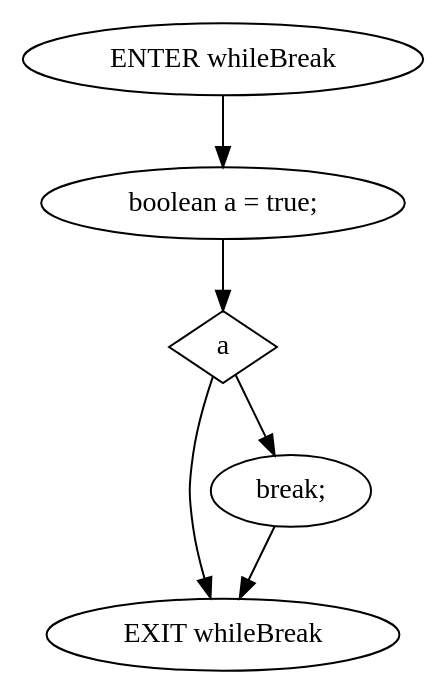
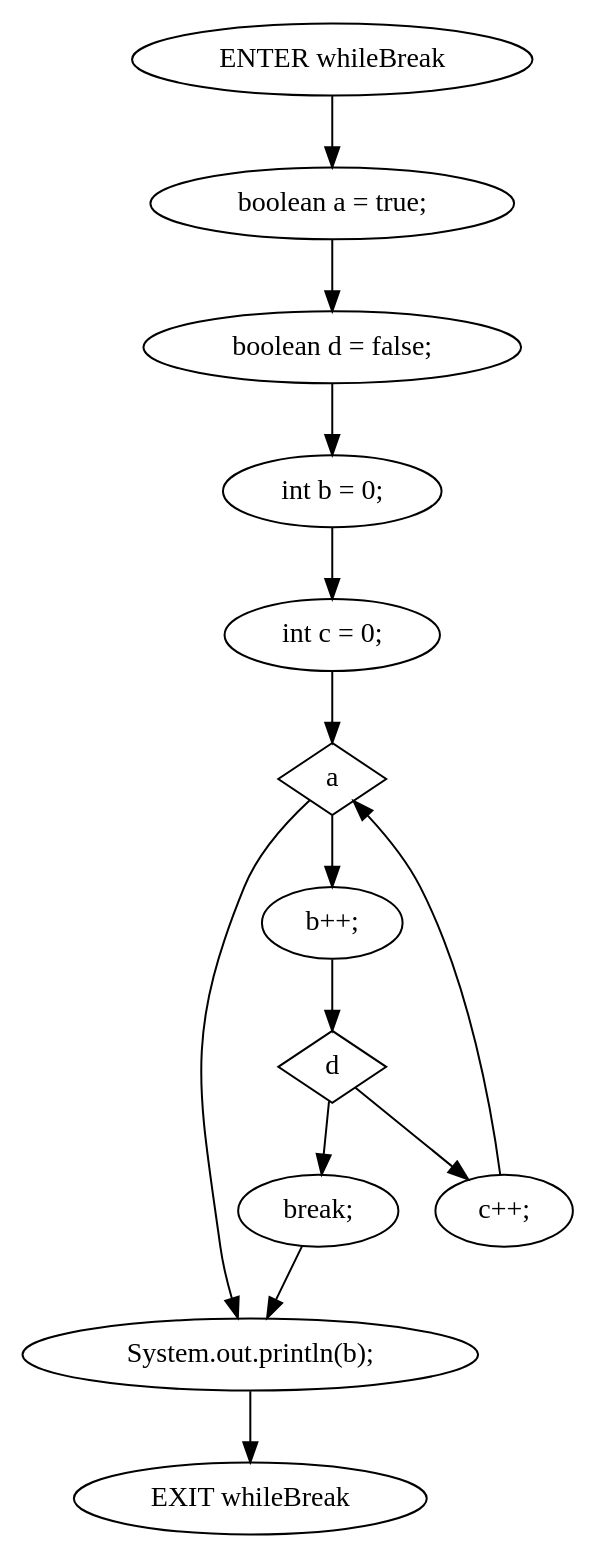
One commit to Surprise-Jing/Java-oriented-analysis-and-understanding-tools changed the diagram in staticSlicer/data/testcases/output/while/WhileTest/cfg/dot/whileBreak().dot. Above: the diagram before and after it, drawn with Graphviz. The commit also changed 104 other files, not shown here.

```diff
--- a/staticSlicer/data/testcases/output/while/WhileTest/cfg/dot/whileBreak().dot
+++ b/staticSlicer/data/testcases/output/while/WhileTest/cfg/dot/whileBreak().dot
@@ -1,12 +1,27 @@
 digraph G {
   0 [ label="ENTER whileBreak" ];
   1 [ label="EXIT whileBreak" ];
   2 [ label="boolean a = true;" ];
-  3 [ shape="diamond" label="a" ];
-  4 [ label="break;" ];
+  3 [ label="boolean d = false;" ];
+  4 [ label="int b = 0;" ];
+  5 [ label="int c = 0;" ];
+  6 [ shape="diamond" label="a" ];
+  7 [ label="b++;" ];
+  8 [ shape="diamond" label="d" ];
+  9 [ label="break;" ];
+  10 [ label="c++;" ];
+  11 [ label="System.out.println(b);" ];
   0 -> 2;
   2 -> 3;
   3 -> 4;
-  3 -> 1;
-  4 -> 1;
+  4 -> 5;
+  5 -> 6;
+  6 -> 7;
+  7 -> 8;
+  8 -> 9;
+  8 -> 10;
+  10 -> 6;
+  6 -> 11;
+  9 -> 11;
+  11 -> 1;
 }
```
